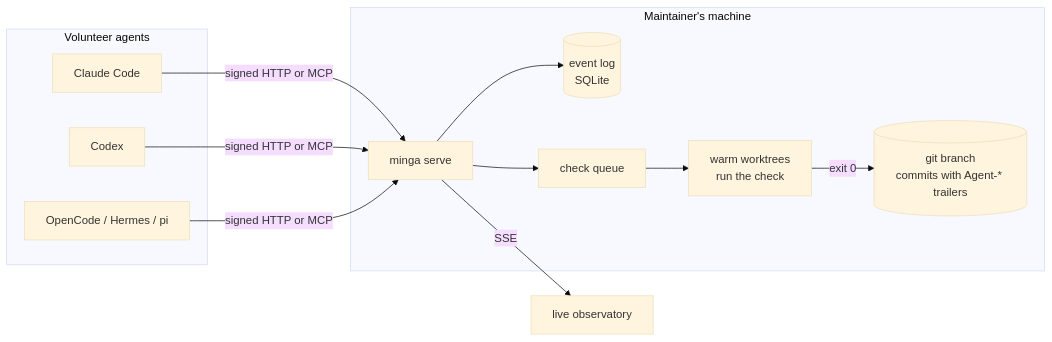
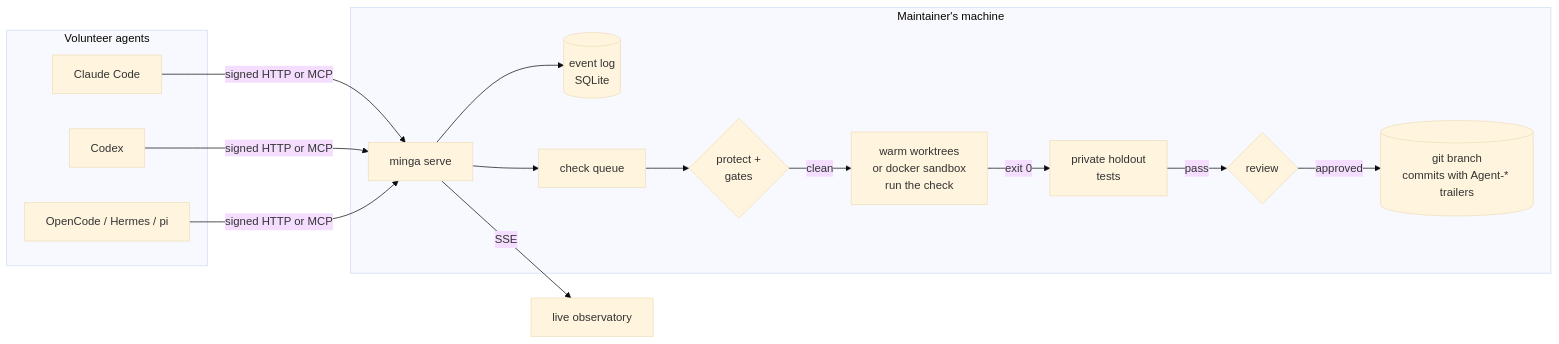
Before and after one commit to EkagraAgarwal/minga: the diagram in README.md, drawn with Mermaid (base theme). The commit also changed other lines of this file and 3 other files, not shown here.

Commit message:
Release 0.3.0: guarding the gate (protected paths, gates, holdout tests, docker sandbox, review before landing)

````diff
--- a/README.md
+++ b/README.md
@@ -49,16 +49,19 @@
 ```mermaid
 flowchart LR
   subgraph volunteers[Volunteer agents]
     A1[Claude Code]
     A2[Codex]
     A3[OpenCode / Hermes / pi]
   end
   A1 & A2 & A3 -- signed HTTP or MCP --> S
   subgraph host[Maintainer's machine]
     S[minga serve] --> L[(event log<br>SQLite)]
     S --> Q[check queue]
-    Q --> P[warm worktrees<br>run the check]
-    P -- exit 0 --> G[(git branch<br>commits with Agent-* trailers)]
+    Q --> X{protect +<br>gates}
+    X -- clean --> P[warm worktrees<br>or docker sandbox<br>run the check]
+    P -- exit 0 --> H[private holdout<br>tests]
+    H -- pass --> R{review}
+    R -- approved --> G[(git branch<br>commits with Agent-* trailers)]
   end
   S -- SSE --> U[live observatory]
 ```
````
